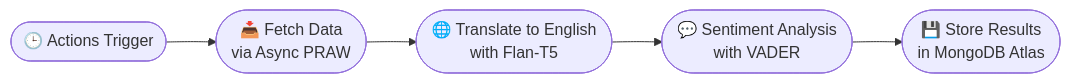
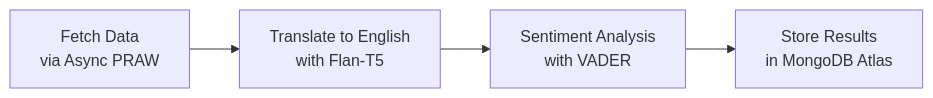
The second of 2 diagrams in README.md (ohjelmistoprojekti-ii-reddit-app/reddit-app-backend), drawn with Mermaid before and after one commit. The commit also changed other lines of this file, not shown here.

Commit message:
Update links and mermaid charts in README

````diff
--- a/README.md
+++ b/README.md
@@ -657,7 +651,6 @@
 ```mermaid
 flowchart LR
-    A([🕒  Actions Trigger]) --> B([📥  Fetch Data<br>via Async PRAW])
-    B --> C([🌐  Translate to English<br>with Flan-T5])
-    C --> D([💬  Sentiment Analysis<br>with VADER])
-    D --> E([💾  Store Results<br>in MongoDB Atlas])
+    A[Fetch Data<br>via Async PRAW] --> B[Translate to English<br>with Flan-T5]
+    B --> C[Sentiment Analysis<br>with VADER]
+    C --> D[Store Results<br>in MongoDB Atlas]
 ```
````
